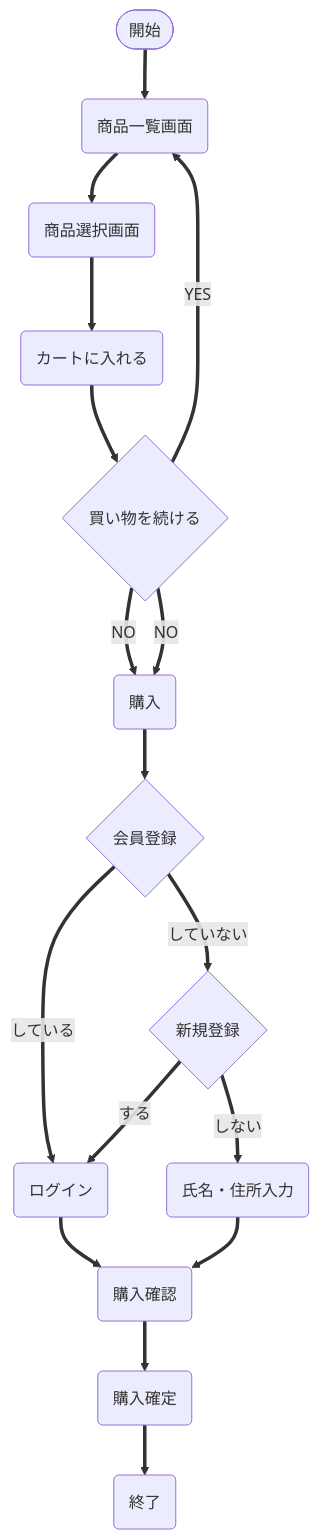
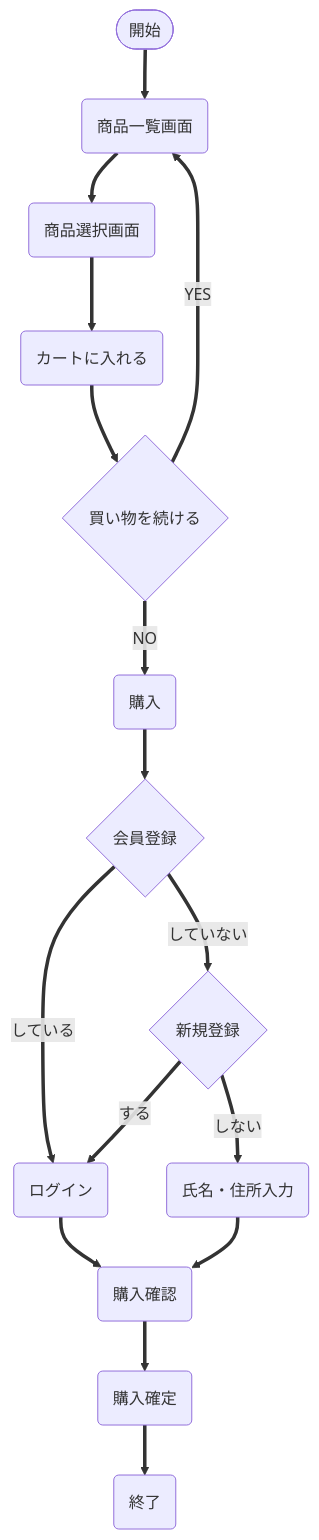
One commit to Hinako-Kimura127/neko changed the diagram in 要件定義書/要件定義書.md. Above: the diagram before and after it, drawn with Mermaid.

Commit message:
再修正

````diff
--- a/要件定義書/要件定義書.md
+++ b/要件定義書/要件定義書.md
@@ -377,32 +377,31 @@
 ```mermaid
 flowchart TB
   node_1(["開始"])
   node_2{"会員登録"}
   node_3("ログイン")
   node_4("購入確認")
   node_5("商品一覧画面")
   node_6("商品選択画面")
   node_7("カートに入れる")
   node_8{"買い物を続ける"}
   node_9("購入")
   node_10{"新規登録"}
   node_11("氏名・住所入力")
   node_12("購入確定")
   node_13("終了")
   node_2 =="している"==> node_3
   node_1 ==> node_5
   node_3 ==> node_4
   node_5 ==> node_6
   node_6 ==> node_7
   node_7 ==> node_8
   node_8 =="YES"==> node_5
   node_9 ==> node_2
   node_2 =="していない"==> node_10
   node_10 =="する"==> node_3
   node_10 =="しない"==> node_11
   node_11 ==> node_4
   node_4 ==> node_12
   node_12 ==> node_13
   node_8 =="NO"==> node_9
-  node_8 =="NO"==> node_9
 ```
````
